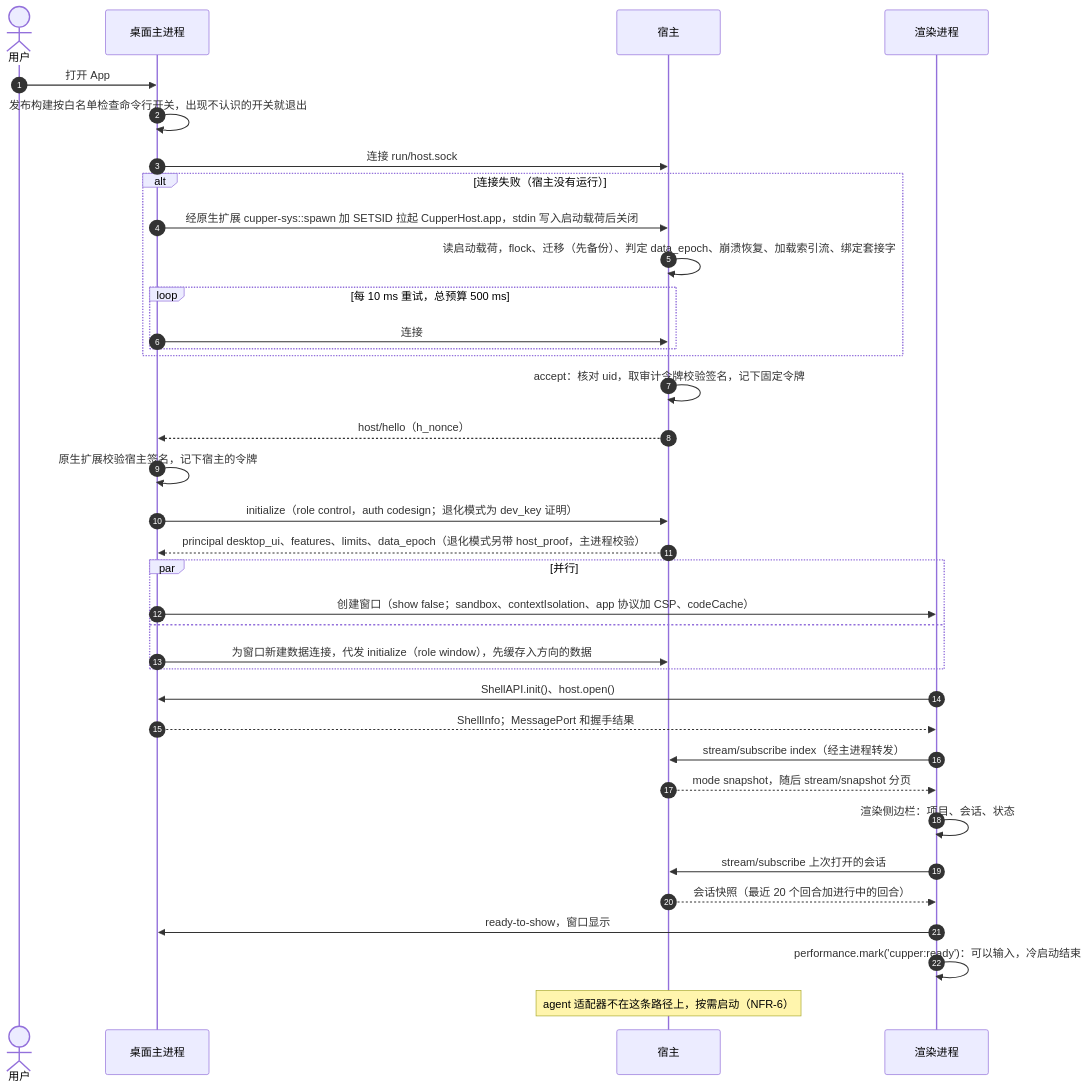
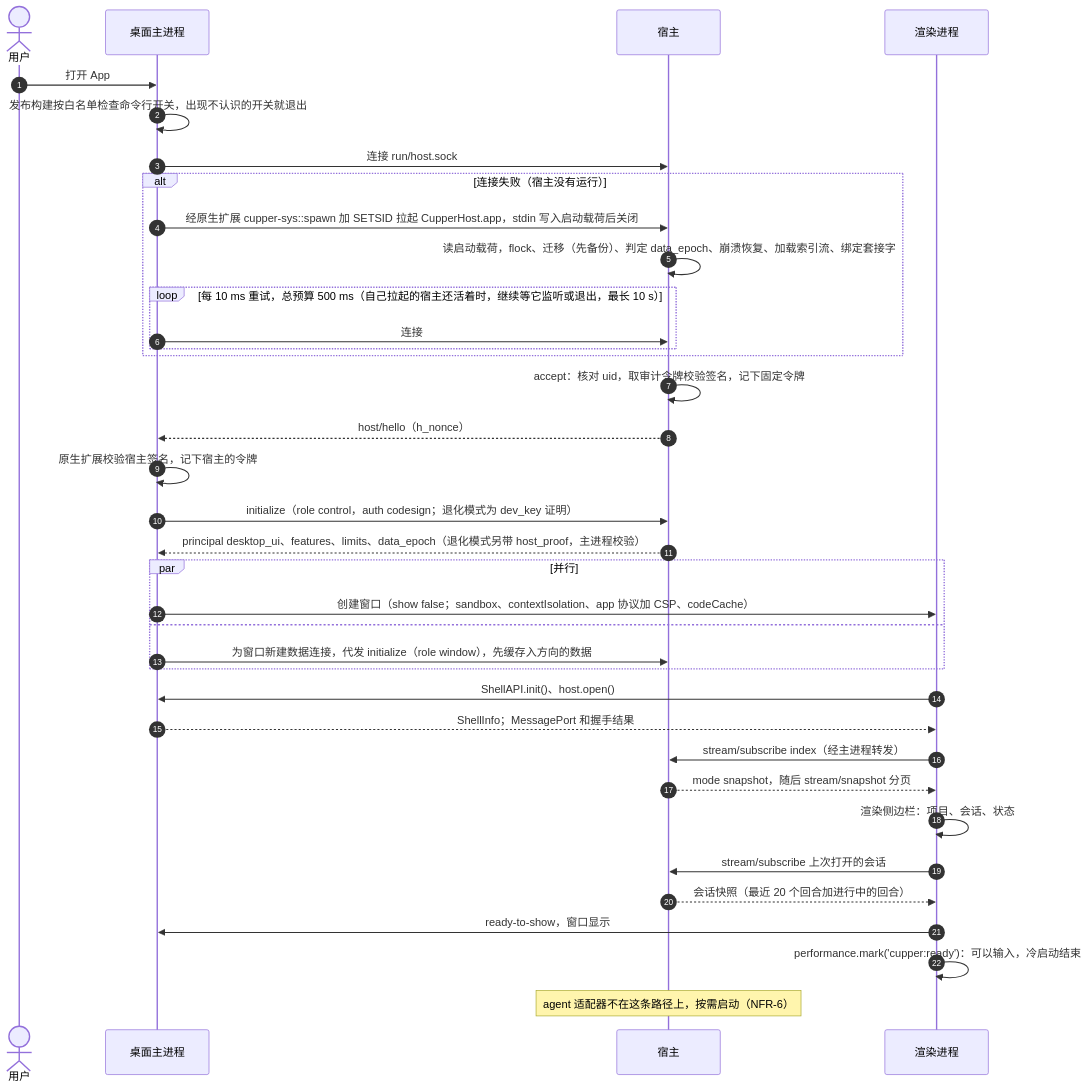
One commit to boris-w/cupper changed the first of 11 diagrams in docs/design/05-flows.md. Above: the diagram before and after it, drawn with Mermaid. The commit also changed 3 other files, not shown here.

````diff
--- a/docs/design/05-flows.md
+++ b/docs/design/05-flows.md
@@ -9,38 +9,38 @@
 ```mermaid
 sequenceDiagram
   autonumber
   actor U as 用户
   participant M as 桌面主进程
   participant H as 宿主
   participant R as 渲染进程
   U->>M: 打开 App
   M->>M: 发布构建按白名单检查命令行开关，出现不认识的开关就退出
   M->>H: 连接 run/host.sock
   alt 连接失败（宿主没有运行）
     M->>H: 经原生扩展 cupper-sys::spawn 加 SETSID 拉起 CupperHost.app，stdin 写入启动载荷后关闭
     H->>H: 读启动载荷，flock、迁移（先备份）、判定 data_epoch、崩溃恢复、加载索引流、绑定套接字
-    loop 每 10 ms 重试，总预算 500 ms
+    loop 每 10 ms 重试，总预算 500 ms（自己拉起的宿主还活着时，继续等它监听或退出，最长 10 s）
       M->>H: 连接
     end
   end
   H->>H: accept：核对 uid，取审计令牌校验签名，记下固定令牌
   H-->>M: host/hello（h_nonce）
   M->>M: 原生扩展校验宿主签名，记下宿主的令牌
   M->>H: initialize（role control，auth codesign；退化模式为 dev_key 证明）
   H-->>M: principal desktop_ui、features、limits、data_epoch（退化模式另带 host_proof，主进程校验）
   par 并行
     M->>R: 创建窗口（show false；sandbox、contextIsolation、app 协议加 CSP、codeCache）
   and
     M->>H: 为窗口新建数据连接，代发 initialize（role window），先缓存入方向的数据
   end
   R->>M: ShellAPI.init()、host.open()
   M-->>R: ShellInfo；MessagePort 和握手结果
   R->>H: stream/subscribe index（经主进程转发）
   H-->>R: mode snapshot，随后 stream/snapshot 分页
   R->>R: 渲染侧边栏：项目、会话、状态
   R->>H: stream/subscribe 上次打开的会话
   H-->>R: 会话快照（最近 20 个回合加进行中的回合）
   R->>M: ready-to-show，窗口显示
   R->>R: performance.mark('cupper:ready')：可以输入，冷启动结束
   Note over H: agent 适配器不在这条路径上，按需启动（NFR-6）
 ```
````
